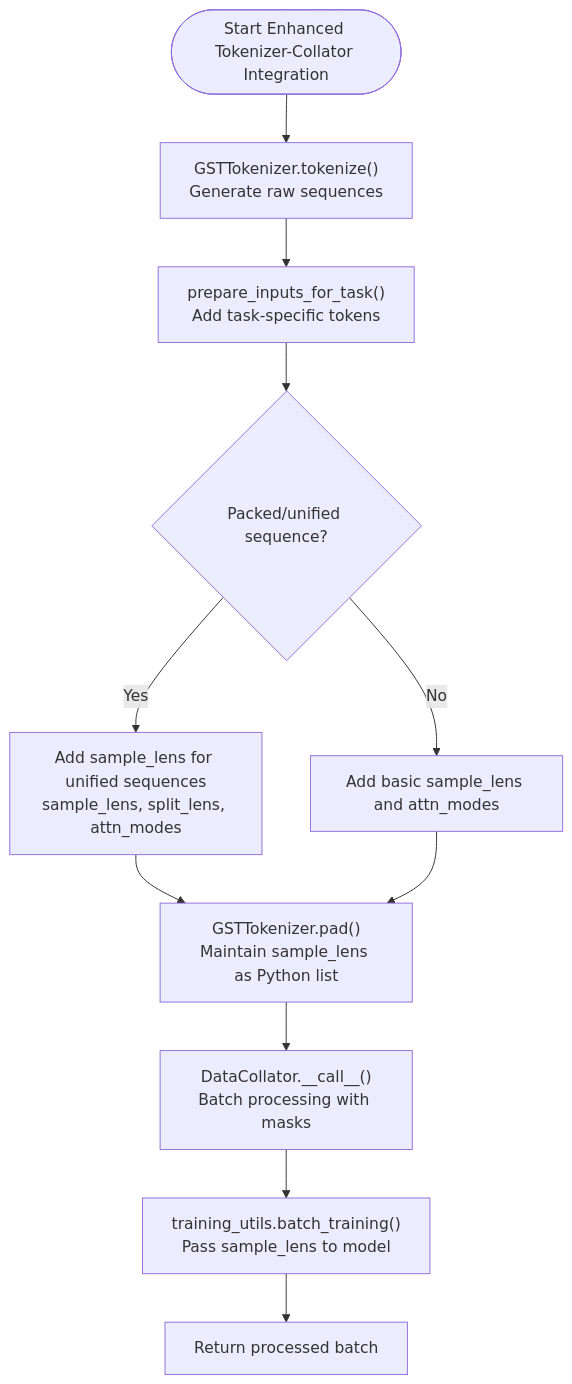
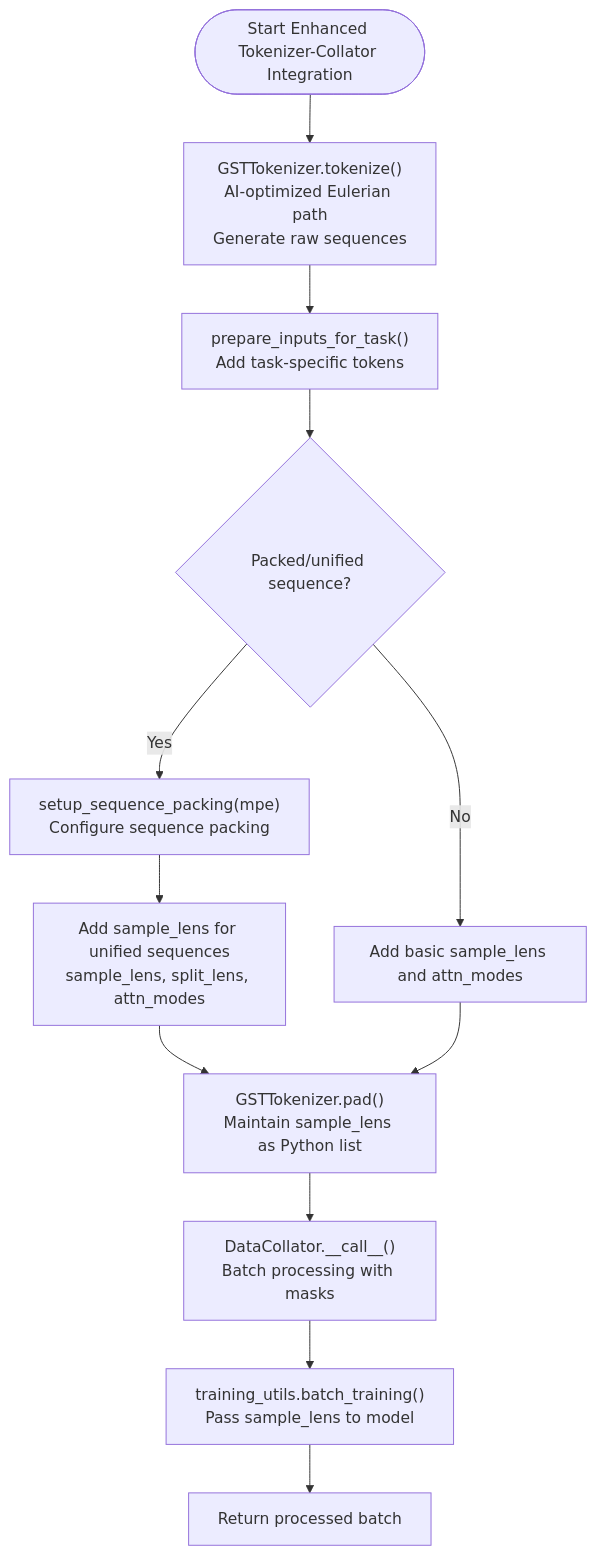
One commit to alibaba/graph-gpt changed the third of 12 diagrams in .qoder/repowiki/en/content/Utility Functions/Attention Mask Utilities.md. Above: the diagram before and after it, drawn with Mermaid. The commit also changed other lines of this file and 9 other files, not shown here.

````diff
--- a/.qoder/repowiki/en/content/Utility Functions/Attention Mask Utilities.md
+++ b/.qoder/repowiki/en/content/Utility Functions/Attention Mask Utilities.md
@@ -329,13 +365,14 @@
 ```mermaid
 flowchart TD
-Start(["Start Enhanced Tokenizer-Collator Integration"]) --> Tokenize["GSTTokenizer.tokenize()<br/>Generate raw sequences"]
+Start(["Start Enhanced Tokenizer-Collator Integration"]) --> Tokenize["GSTTokenizer.tokenize()<br/>AI-optimized Eulerian path<br/>Generate raw sequences"]
 Tokenize --> TaskPrep["prepare_inputs_for_task()<br/>Add task-specific tokens"]
 TaskPrep --> CheckPacked{"Packed/unified sequence?"}
-CheckPacked --> |Yes| AddSampleLens["Add sample_lens for unified sequences<br/>sample_lens, split_lens, attn_modes"]
+CheckPacked --> |Yes| SetupPacking["setup_sequence_packing(mpe)<br/>Configure sequence packing"]
+SetupPacking --> AddSampleLens["Add sample_lens for unified sequences<br/>sample_lens, split_lens, attn_modes"]
 CheckPacked --> |No| AddBasicLens["Add basic sample_lens and attn_modes"]
 AddSampleLens --> Pad["GSTTokenizer.pad()<br/>Maintain sample_lens as Python list"]
 AddBasicLens --> Pad
 Pad --> Collate["DataCollator.__call__()<br/>Batch processing with masks"]
 Collate --> TrainUtils["training_utils.batch_training()<br/>Pass sample_lens to model"]
 TrainUtils --> Return["Return processed batch"]
 ```
````
